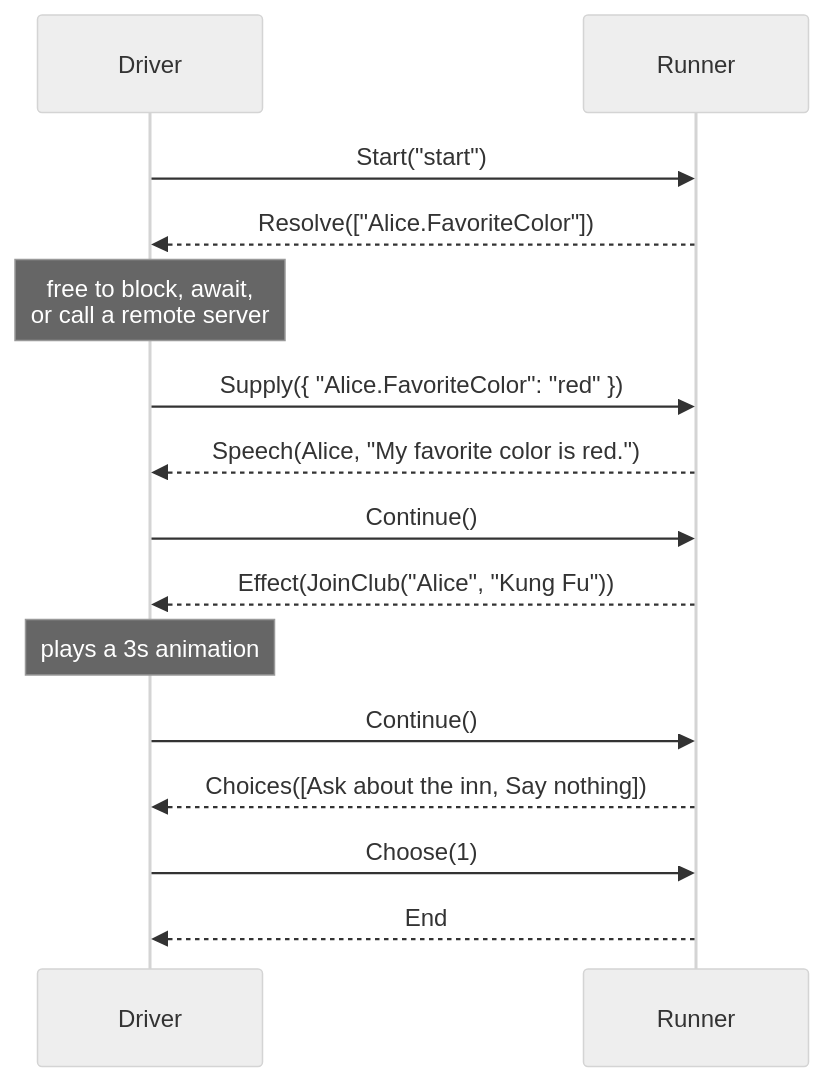
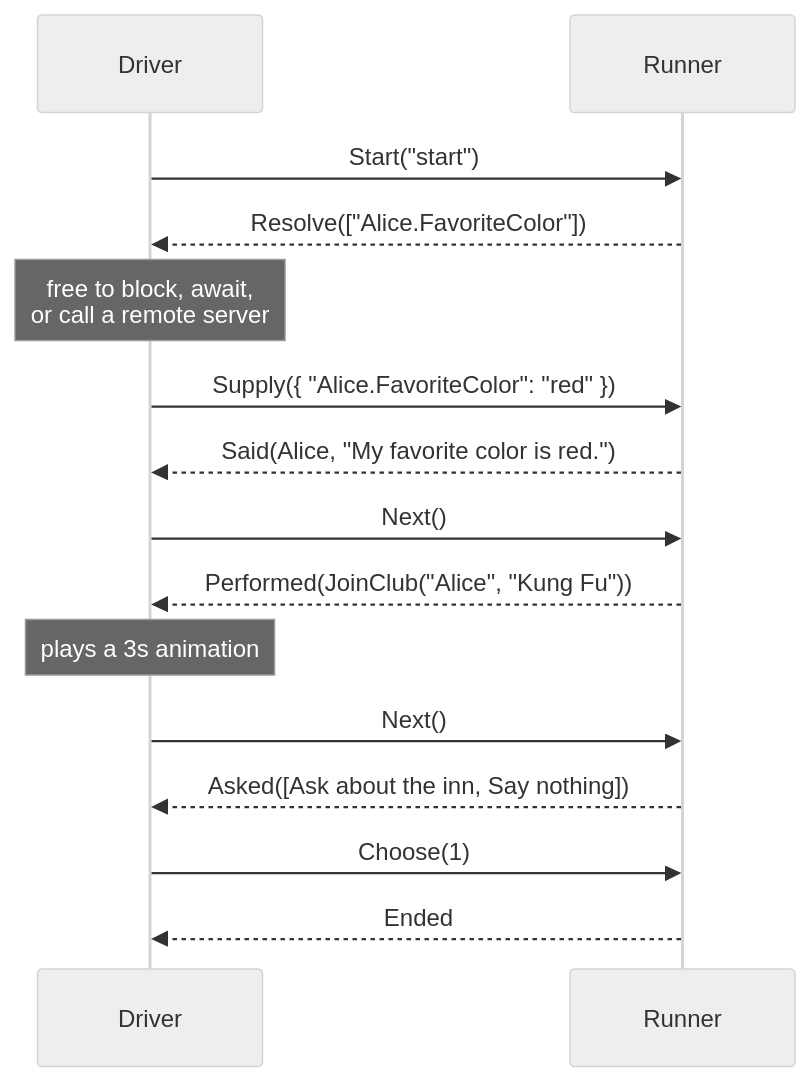
One commit to pengzhengyi/dialoguedown changed the second of 3 diagrams in docs/contributing/design-notes/runtime/Dialogue Runtime Architecture.md. Above: the diagram before and after it, drawn with Mermaid (neutral theme). The commit also changed other lines of this file and 93 other files, not shown here.

````diff
--- a/docs/contributing/design-notes/runtime/Dialogue Runtime Architecture.md
+++ b/docs/contributing/design-notes/runtime/Dialogue Runtime Architecture.md
@@ -345,17 +346,17 @@
 ```mermaid
 sequenceDiagram
     participant D as Driver
     participant R as Runner
     D->>R: Start("start")
     R-->>D: Resolve(["Alice.FavoriteColor"])
     Note over D: free to block, await,<br/>or call a remote server
     D->>R: Supply({ "Alice.FavoriteColor": "red" })
-    R-->>D: Speech(Alice, "My favorite color is red.")
-    D->>R: Continue()
-    R-->>D: Effect(JoinClub("Alice", "Kung Fu"))
+    R-->>D: Said(Alice, "My favorite color is red.")
+    D->>R: Next()
+    R-->>D: Performed(JoinClub("Alice", "Kung Fu"))
     Note over D: plays a 3s animation
-    D->>R: Continue()
-    R-->>D: Choices([Ask about the inn, Say nothing])
+    D->>R: Next()
+    R-->>D: Asked([Ask about the inn, Say nothing])
     D->>R: Choose(1)
-    R-->>D: End
+    R-->>D: Ended
 ```
````
